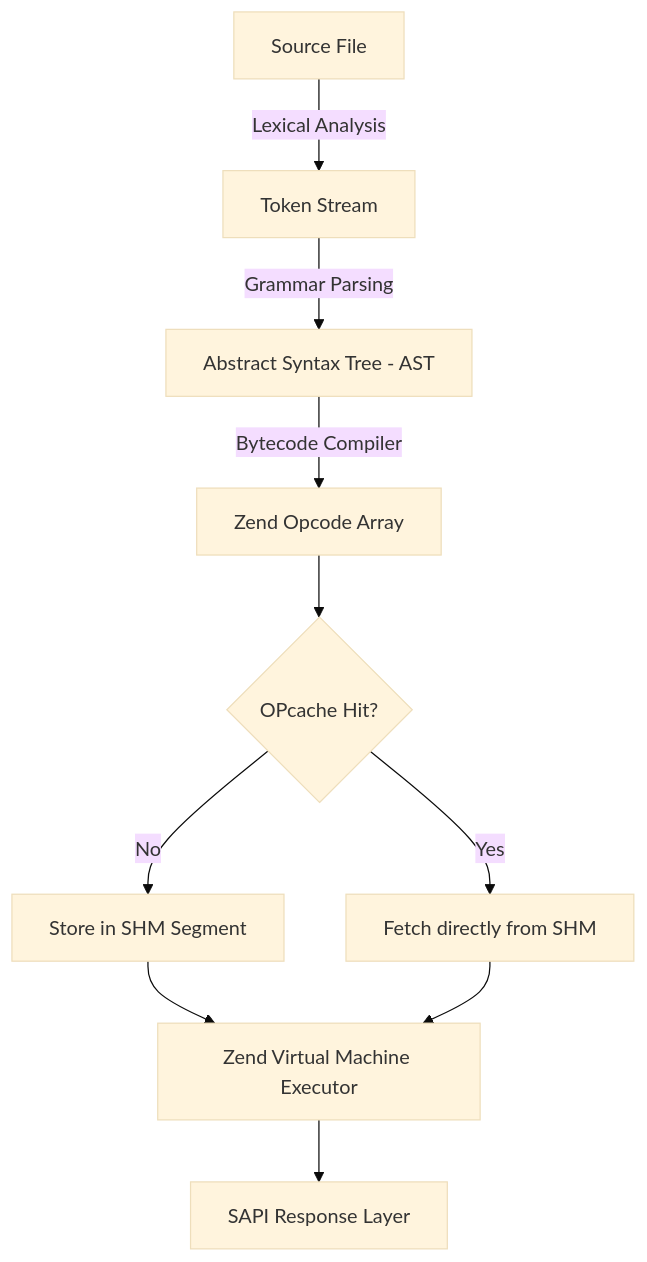
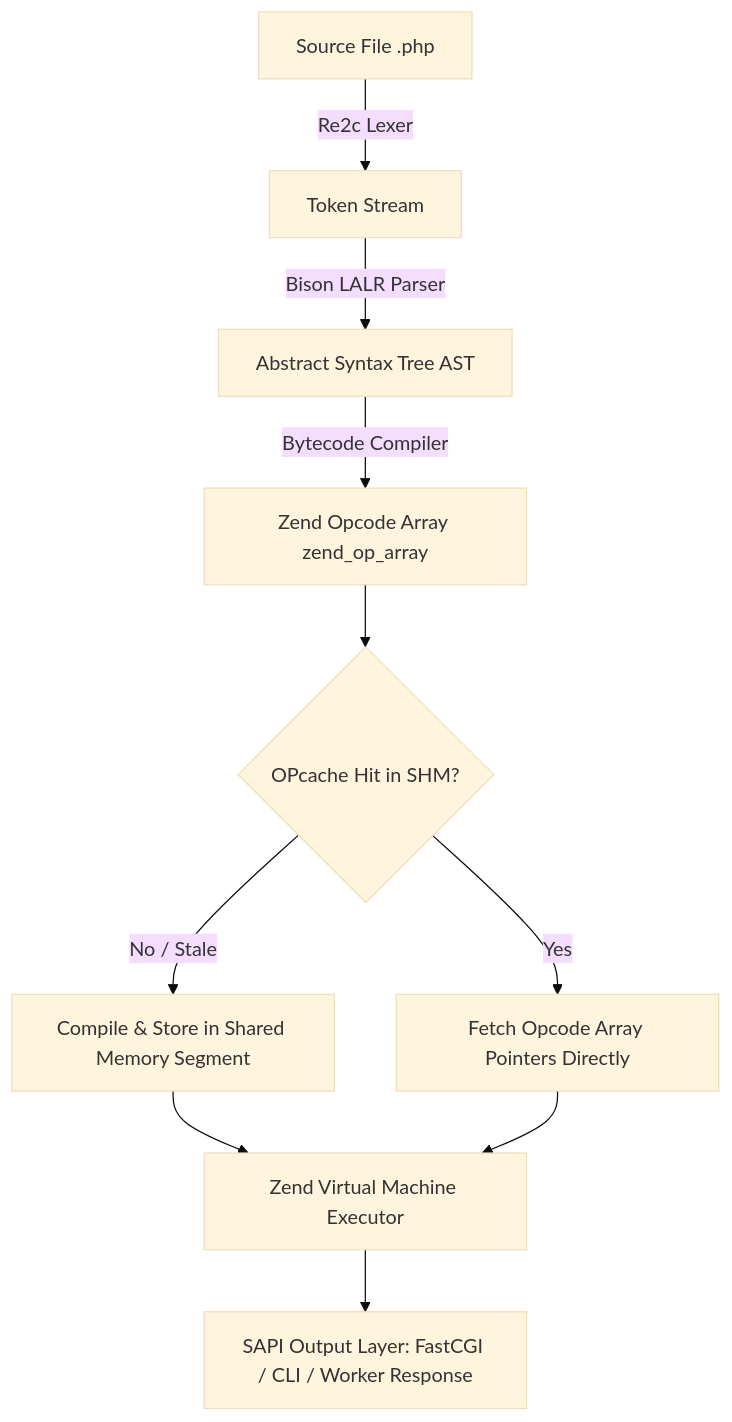
One commit to younggsad/obsidian-store changed the first of 2 diagrams in Innowise/Вопросы к собесу/PHP/PHP English.md. Above: the diagram before and after it, drawn with Mermaid (base theme). The commit also changed other lines of this file, not shown here.

````diff
--- a/Innowise/Вопросы к собесу/PHP/PHP English.md
+++ b/Innowise/Вопросы к собесу/PHP/PHP English.md
@@ -63,12 +44,12 @@
 ```mermaid
 flowchart TD
-    A[Source File] -->|Lexical Analysis| B[Token Stream]
-    B -->|Grammar Parsing| C[Abstract Syntax Tree - AST]
-    C -->|Bytecode Compiler| D[Zend Opcode Array]
-    D --> E{OPcache Hit?}
-    E -->|No| F[Store in SHM Segment]
-    E -->|Yes| G[Fetch directly from SHM]
+    A[Source File .php] -->|Re2c Lexer| B[Token Stream]
+    B -->|Bison LALR Parser| C[Abstract Syntax Tree AST]
+    C -->|Bytecode Compiler| D[Zend Opcode Array zend_op_array]
+    D --> E{OPcache Hit in SHM?}
+    E -->|No / Stale| F[Compile & Store in Shared Memory Segment]
+    E -->|Yes| G[Fetch Opcode Array Pointers Directly]
     F --> H[Zend Virtual Machine Executor]
     G --> H
-    H --> I[SAPI Response Layer]
+    H --> I[SAPI Output Layer: FastCGI / CLI / Worker Response]
 ```
````
